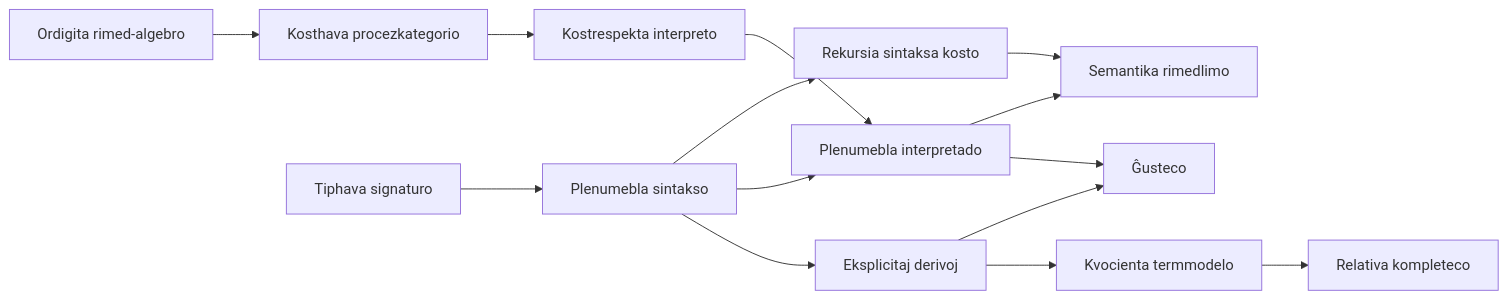
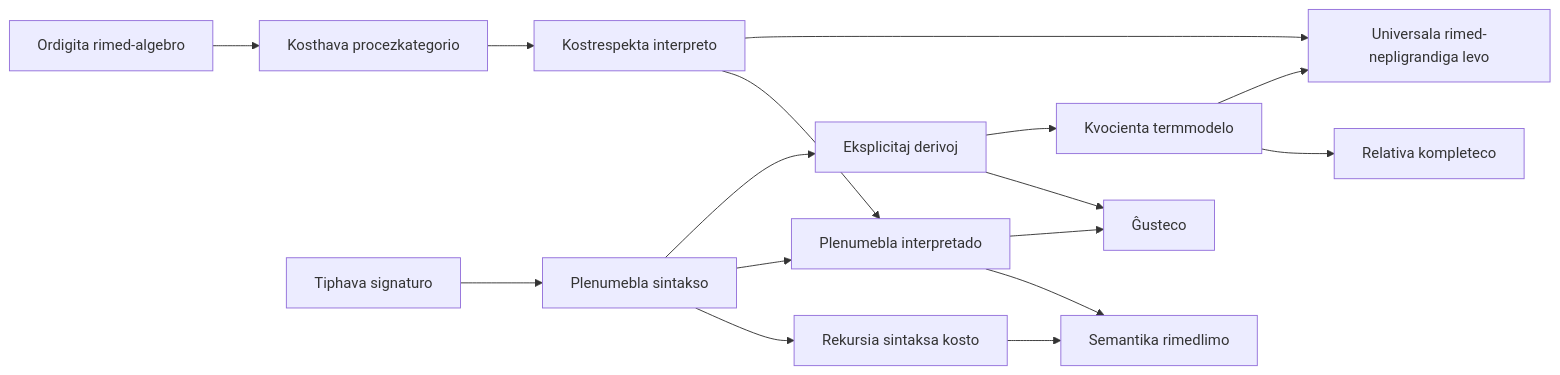
The diagram in docs/README.eo.md (miuchan/ript), drawn with Mermaid before and after one commit. The commit also changed other lines of this file and 10 other files, not shown here.

````diff
--- a/docs/README.eo.md
+++ b/docs/README.eo.md
@@ -205,16 +211,18 @@
 ```mermaid
 flowchart LR
   R["Ordigita rimed-algebro"] --> C["Kosthava procezkategorio"]
   S["Tiphava signaturo"] --> X["Plenumebla sintakso"]
   X --> K["Rekursia sintaksa kosto"]
   C --> I["Kostrespekta interpreto"]
   X --> E["Plenumebla interpretado"]
   I --> E
   K --> B["Semantika rimedlimo"]
   E --> B
   X --> D["Eksplicitaj derivoj"]
   D --> SO["Ĝusteco"]
   E --> SO
   D --> T["Kvocienta termmodelo"]
   T --> CO["Relativa kompleteco"]
+  I --> U["Universala rimed-nepligrandiga levo"]
+  T --> U
 ```
````
